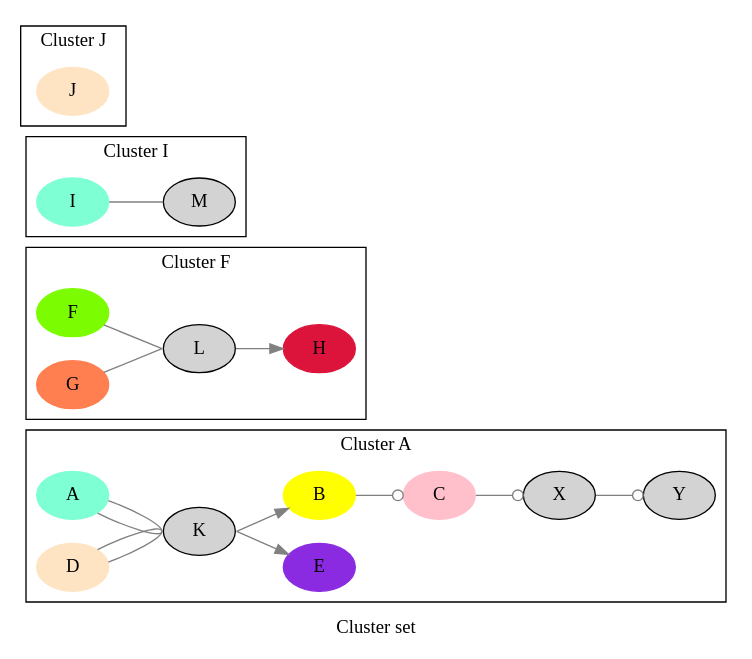
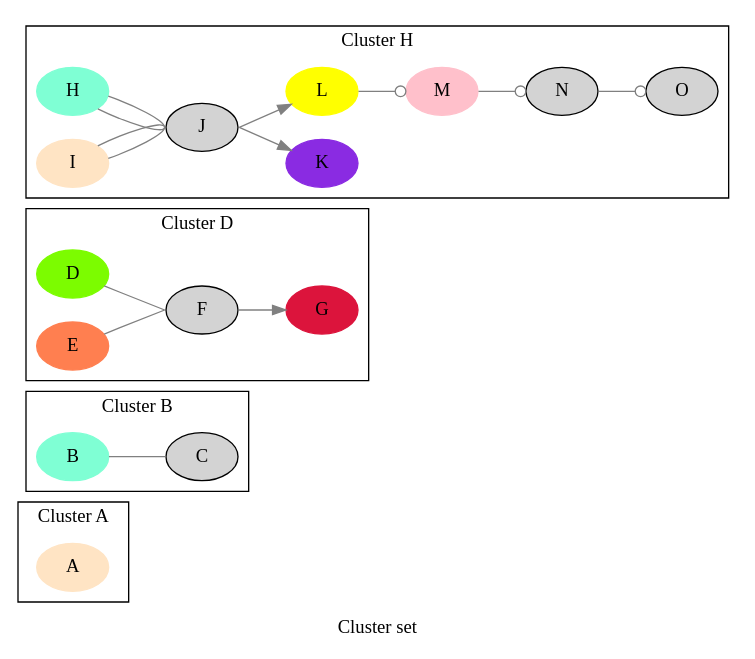
Before and after one commit to graphviz-perl/GraphViz2-Marpa-PathUtils: the diagram in data/14.clusters.out.gv, drawn with Graphviz. The commit also changed 9 other files, not shown here.

```diff
--- a/data/14.clusters.out.gv
+++ b/data/14.clusters.out.gv
@@ -1,74 +1,74 @@
 digraph Perl
 {
 graph [ label="Cluster set" rankdir="LR" ]
 
 subgraph "cluster A"
 {
 graph [ label="Cluster A" rankdir="LR" ]
 
-"A" [ color="aquamarine" shape="oval" style="filled" ]
-"K" [ shape="oval" style="filled" ]
-"A" -> "K" [ arrowhead="none" color="grey" label="" samehead="1" ]
-"D" [ color="bisque" shape="oval" style="filled" ]
-"K" [ shape="oval" style="filled" ]
-"D" -> "K" [ arrowhead="none" color="grey" label="" samehead="1" ]
-"K" [ shape="oval" style="filled" ]
-"E" [ color="blueviolet" shape="oval" style="filled" ]
-"K" -> "E" [ color="grey" label="" sametail="1" ]
+"A" [ color="bisque" shape="oval" style="filled" ]
 }
 
-subgraph "cluster A"
+subgraph "cluster B"
 {
-graph [ label="Cluster A" rankdir="LR" ]
+graph [ label="Cluster B" rankdir="LR" ]
 
-"A" [ color="aquamarine" shape="oval" style="filled" ]
-"K" [ shape="oval" style="filled" ]
-"A" -> "K" [ arrowhead="none" color="grey" label="" samehead="1" ]
-"B" [ color="yellow" shape="oval" style="filled" ]
-"C" [ color="pink" shape="oval" style="filled" ]
-"B" -> "C" [ arrowhead="odot" color="grey" label="" ]
-"C" [ color="pink" shape="oval" style="filled" ]
-"X" [ shape="oval" style="filled" ]
-"C" -> "X" [ arrowhead="odot" color="grey" label="" ]
-"D" [ color="bisque" shape="oval" style="filled" ]
-"K" [ shape="oval" style="filled" ]
-"D" -> "K" [ arrowhead="none" color="grey" label="" samehead="1" ]
-"K" [ shape="oval" style="filled" ]
-"B" [ color="yellow" shape="oval" style="filled" ]
-"K" -> "B" [ color="grey" label="" sametail="1" ]
-"X" [ shape="oval" style="filled" ]
-"Y" [ shape="oval" style="filled" ]
-"X" -> "Y" [ arrowhead="odot" color="grey" label="" ]
+"B" [ color="aquamarine" shape="oval" style="filled" ]
+"C" [ shape="oval" style="filled" ]
+"B" -> "C" [ arrowhead="none" color="grey" label="" samehead="1" ]
 }
 
-subgraph "cluster F"
+subgraph "cluster D"
 {
-graph [ label="Cluster F" rankdir="LR" ]
+graph [ label="Cluster D" rankdir="LR" ]
 
-"F" [ color="lawngreen" shape="oval" style="filled" ]
-"L" [ shape="oval" style="filled" ]
-"F" -> "L" [ arrowhead="none" color="grey" label="" samehead="1" ]
-"G" [ color="coral" shape="oval" style="filled" ]
-"L" [ shape="oval" style="filled" ]
-"G" -> "L" [ arrowhead="none" color="grey" label="" samehead="1" ]
-"L" [ shape="oval" style="filled" ]
-"H" [ color="crimson" shape="oval" style="filled" ]
-"L" -> "H" [ color="grey" label="" sametail="1" ]
+"D" [ color="lawngreen" shape="oval" style="filled" ]
+"F" [ shape="oval" style="filled" ]
+"D" -> "F" [ arrowhead="none" color="grey" label="" samehead="1" ]
+"E" [ color="coral" shape="oval" style="filled" ]
+"F" [ shape="oval" style="filled" ]
+"E" -> "F" [ arrowhead="none" color="grey" label="" samehead="1" ]
+"F" [ shape="oval" style="filled" ]
+"G" [ color="crimson" shape="oval" style="filled" ]
+"F" -> "G" [ color="grey" label="" sametail="1" ]
 }
 
-subgraph "cluster I"
+subgraph "cluster H"
 {
-graph [ label="Cluster I" rankdir="LR" ]
+graph [ label="Cluster H" rankdir="LR" ]
 
-"I" [ color="aquamarine" shape="oval" style="filled" ]
-"M" [ shape="oval" style="filled" ]
-"I" -> "M" [ arrowhead="none" color="grey" label="" samehead="1" ]
+"H" [ color="aquamarine" shape="oval" style="filled" ]
+"J" [ shape="oval" style="filled" ]
+"H" -> "J" [ arrowhead="none" color="grey" label="" samehead="1" ]
+"I" [ color="bisque" shape="oval" style="filled" ]
+"J" [ shape="oval" style="filled" ]
+"I" -> "J" [ arrowhead="none" color="grey" label="" samehead="1" ]
+"J" [ shape="oval" style="filled" ]
+"K" [ color="blueviolet" shape="oval" style="filled" ]
+"J" -> "K" [ color="grey" label="" sametail="1" ]
 }
 
-subgraph "cluster J"
+subgraph "cluster H"
 {
-graph [ label="Cluster J" rankdir="LR" ]
+graph [ label="Cluster H" rankdir="LR" ]
 
-"J" [ color="bisque" shape="oval" style="filled" ]
+"H" [ color="aquamarine" shape="oval" style="filled" ]
+"J" [ shape="oval" style="filled" ]
+"H" -> "J" [ arrowhead="none" color="grey" label="" samehead="1" ]
+"I" [ color="bisque" shape="oval" style="filled" ]
+"J" [ shape="oval" style="filled" ]
+"I" -> "J" [ arrowhead="none" color="grey" label="" samehead="1" ]
+"J" [ shape="oval" style="filled" ]
+"L" [ color="yellow" shape="oval" style="filled" ]
+"J" -> "L" [ color="grey" label="" sametail="1" ]
+"L" [ color="yellow" shape="oval" style="filled" ]
+"M" [ color="pink" shape="oval" style="filled" ]
+"L" -> "M" [ arrowhead="odot" color="grey" label="" ]
+"M" [ color="pink" shape="oval" style="filled" ]
+"N" [ shape="oval" style="filled" ]
+"M" -> "N" [ arrowhead="odot" color="grey" label="" ]
+"N" [ shape="oval" style="filled" ]
+"O" [ shape="oval" style="filled" ]
+"N" -> "O" [ arrowhead="odot" color="grey" label="" ]
 }
 }
```
